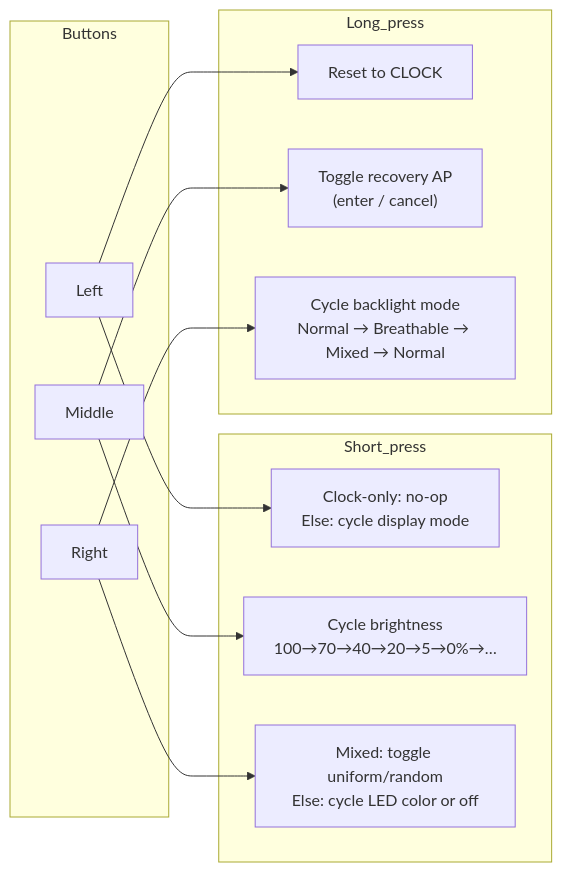
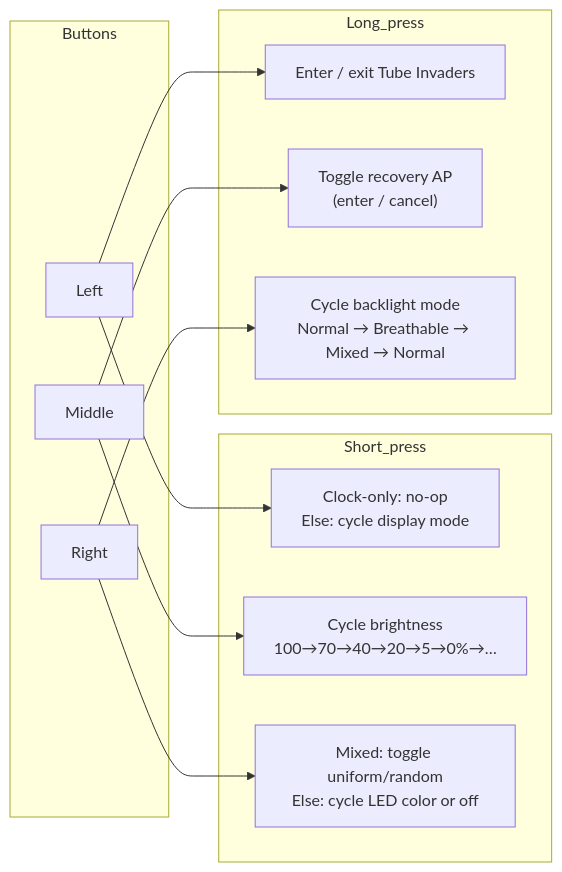
Before and after one commit to emuck/nowtube: the first of 2 diagrams in docs/menu-roadmap.md, drawn with Mermaid. The commit also changed other lines of this file and 4 other files, not shown here.

````diff
--- a/docs/menu-roadmap.md
+++ b/docs/menu-roadmap.md
@@ -7,18 +7,18 @@
 ```mermaid
 flowchart LR
   subgraph Buttons
     L[Left]
     M[Middle]
     R[Right]
   end
   subgraph Short_press
     L --> Ls["Clock-only: no-op\nElse: cycle display mode"]
     M --> Ms["Cycle brightness\n100→70→40→20→5→0%→…"]
     R --> Rs["Mixed: toggle uniform/random\nElse: cycle LED color or off"]
   end
   subgraph Long_press
-    L --> Ll["Reset to CLOCK"]
+    L --> Ll["Enter / exit Tube Invaders"]
     M --> Ml["Toggle recovery AP\n(enter / cancel)"]
     R --> Rl["Cycle backlight mode\nNormal → Breathable → Mixed → Normal"]
   end
 ```
````
